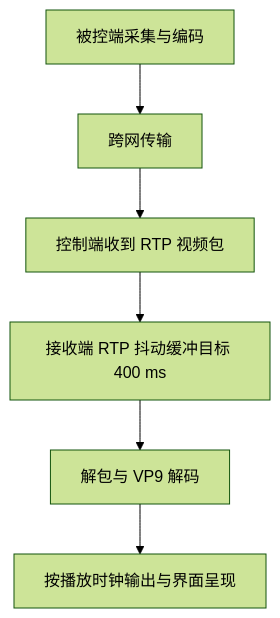
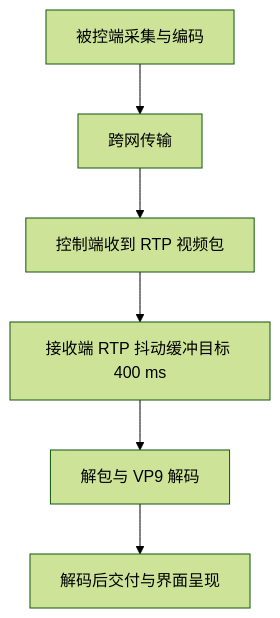
The third of 13 diagrams in docs/项目结构与核心技术.md (wzzzzjjjjjjj/ZJdesk), drawn with Mermaid (forest theme) before and after one commit. The commit also changed other lines of this file and 10 other files, not shown here.

````diff
--- a/docs/项目结构与核心技术.md
+++ b/docs/项目结构与核心技术.md
@@ -310,8 +310,8 @@
 ```mermaid
 flowchart TD
     A[被控端采集与编码] --> B[跨网传输]
     B --> C[控制端收到 RTP 视频包]
     C --> D[接收端 RTP 抖动缓冲目标 400 ms]
     D --> E[解包与 VP9 解码]
-    E --> F[按播放时钟输出与界面呈现]
+    E --> F[解码后交付与界面呈现]
 ```
````
